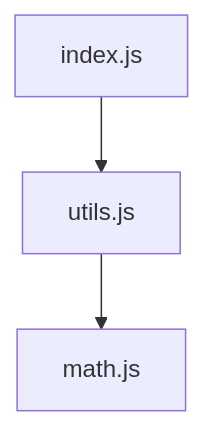
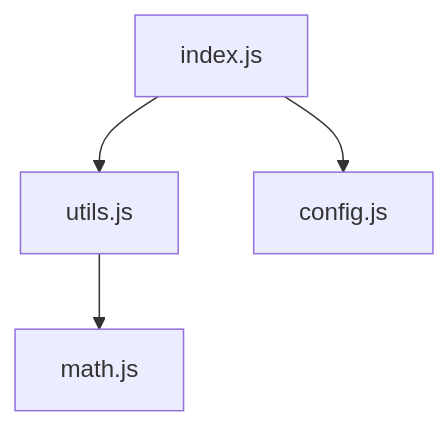
One commit to ekayaprod/jules-agent-roster changed the second of 2 diagrams in prompts/Cartographer.md. Above: the diagram before and after it, drawn with Mermaid. The commit also changed other lines of this file, not shown here.

````diff
--- a/prompts/Cartographer.md
+++ b/prompts/Cartographer.md
@@ -27,6 +37,7 @@
 ```mermaid
 %% HAZARD: Mapping every 1-line utility file without architectural insight creates unreadable noise.
 graph TD
   A[index.js] --> B[utils.js]
   B --> C[math.js]
+  A --> D[config.js]
 ```
````
